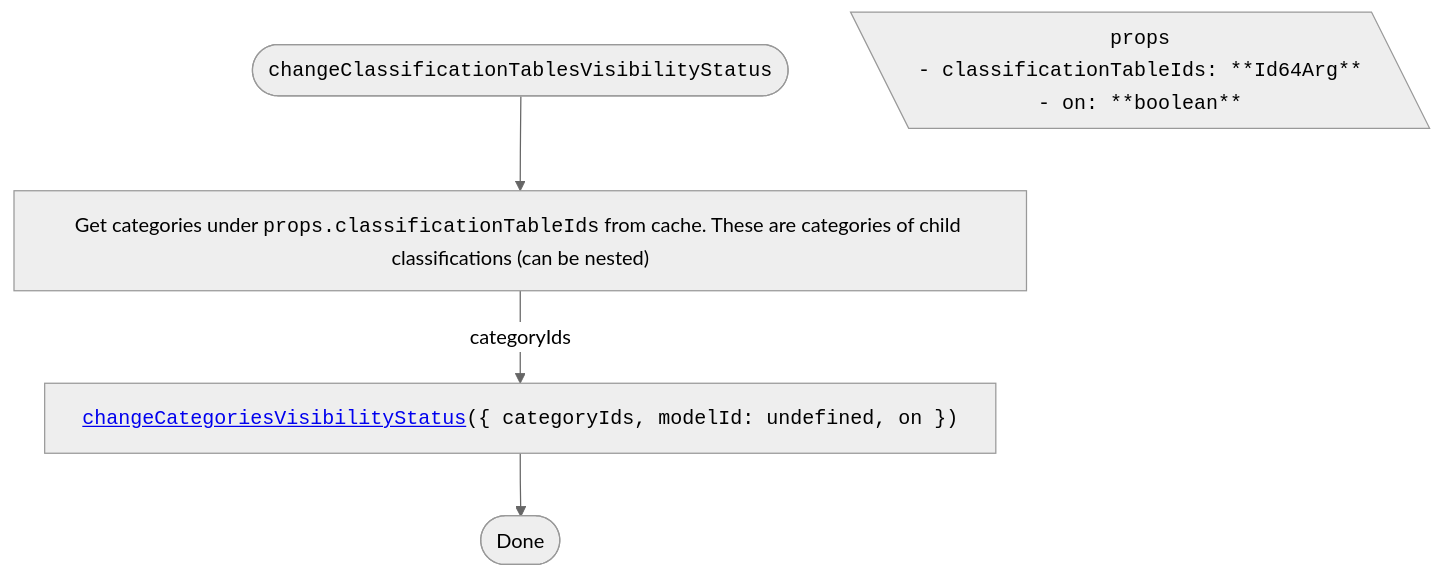
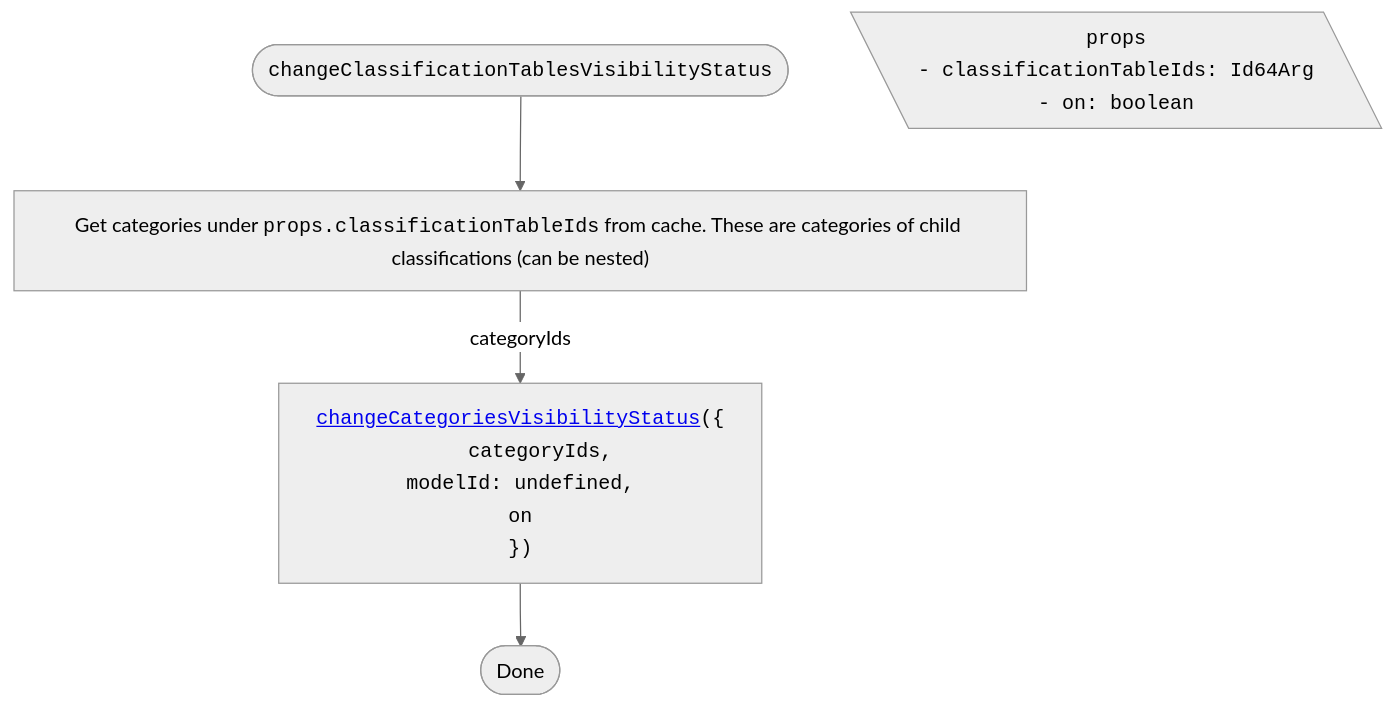
One commit to iTwin/viewer-components-react changed the third of 4 diagrams in packages/itwin/tree-widget/docs/ClassificationsTreeVisibilityHandling.md. Above: the diagram before and after it, drawn with Mermaid (neutral theme). The commit also changed other lines of this file and 4 other files, not shown here.

````diff
--- a/packages/itwin/tree-widget/docs/ClassificationsTreeVisibilityHandling.md
+++ b/packages/itwin/tree-widget/docs/ClassificationsTreeVisibilityHandling.md
@@ -94,22 +100,26 @@
 ```mermaid
 ---
 config:
   flowchart:
     wrappingWidth: 750
     useMaxWidth: false
 ---
 
 flowchart TD
   RESULT_Done([Done])
 
   %% Start
   TITLE(["<code>changeClassificationTablesVisibilityStatus</code>"]) --> A["Get categories under <code>props.classificationTableIds</code> from cache. These are categories of child classifications (can be nested)"]
 
   PROPS[\"
     <code>props</code>
-    <code style='text-align: left;'>- classificationTableIds: **Id64Arg**<br/>- on: **boolean**</code>
+    <code style='text-align: left;'>- classificationTableIds: Id64Arg<br/>- on: boolean</code>
   "\]
 
-  A -- categoryIds --> B["<code><a href='./SharedVisibilityHandling.md#changecategoriesvisibilitystatus'>changeCategoriesVisibilityStatus</a>({ categoryIds, modelId: undefined, on })</code>"]
+  A -- categoryIds --> B["<code style='text-align: left;'><a href='./SharedVisibilityHandling.md#changecategoriesvisibilitystatus'>changeCategoriesVisibilityStatus</a>({
+    <code style='padding-left: 2rem'>categoryIds,
+    modelId: undefined,
+    on</code>
+  })</code>"]
   B --> RESULT_Done
 ```
````
